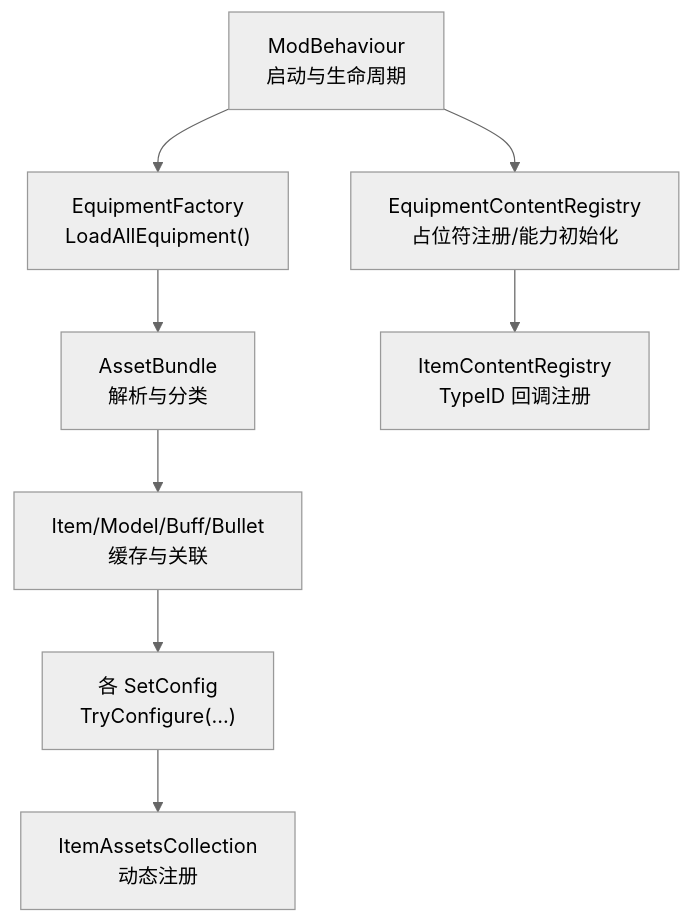
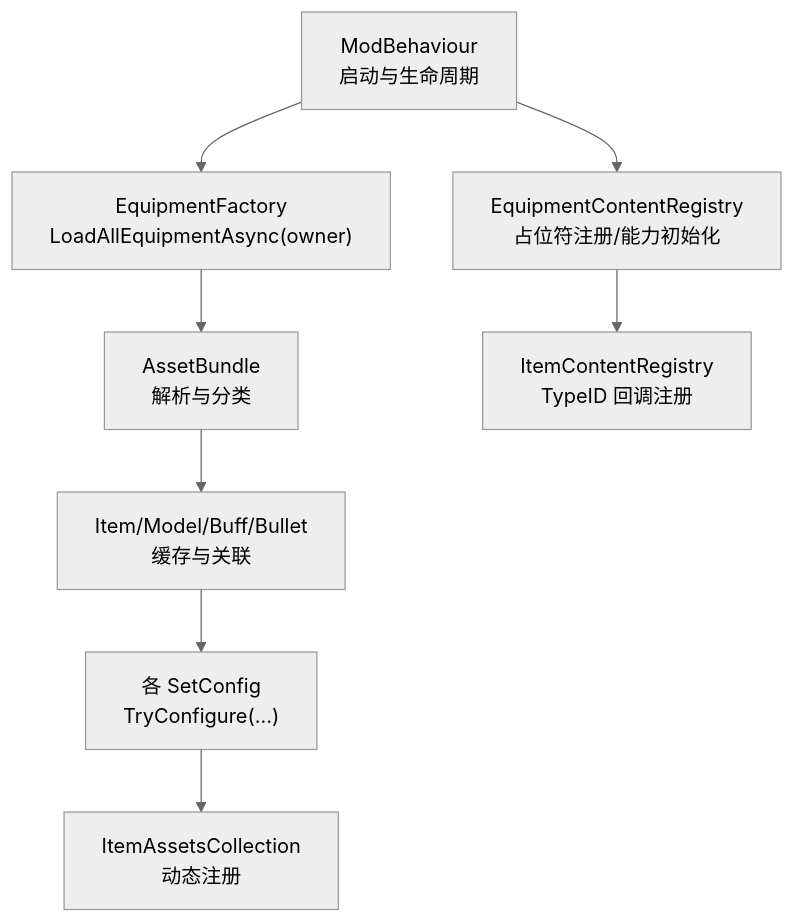
Before and after one commit to GASEN1216/BossRushMod: the first of 7 diagrams in .qoder/repowiki/zh/content/装备与物品系统/装备与物品系统.md, drawn with Mermaid (neutral theme). The commit also changed other lines of this file and 315 other files, not shown here.

Commit message:
v2.6.0：收集品 100 件与收藏册（开箱额外一格、九图两全图系列与珍品、集齐奖励、杰夫引导 590217、陈列柜实物与 6–8 档格框），全部物品图标按原版画风重画并统一到 ModItemIcons + Publish；资源读取统一为 ModSprites、ResourceBundleLoader、JsonDataRegistry、BossRushOfficialAudio、GetModPath 五个入口并删过期加载代码，修好从未响过的龙王武器射击音；主角枪械暴击率加成改为爆头伤害，收集品审核七条全修

````diff
--- a/.qoder/repowiki/zh/content/装备与物品系统/装备与物品系统.md
+++ b/.qoder/repowiki/zh/content/装备与物品系统/装备与物品系统.md
@@ -60,10 +60,10 @@
 ```mermaid
 graph TB
-A["ModBehaviour<br/>启动与生命周期"] --> B["EquipmentFactory<br/>LoadAllEquipment()"]
+A["ModBehaviour<br/>启动与生命周期"] --> B["EquipmentFactory<br/>LoadAllEquipmentAsync(owner)"]
 B --> C["AssetBundle<br/>解析与分类"]
 C --> D["Item/Model/Buff/Bullet<br/>缓存与关联"]
 D --> E["各 SetConfig<br/>TryConfigure(...)"]
 E --> F["ItemAssetsCollection<br/>动态注册"]
 A --> G["EquipmentContentRegistry<br/>占位符注册/能力初始化"]
 G --> H["ItemContentRegistry<br/>TypeID 回调注册"]
 ```
````
